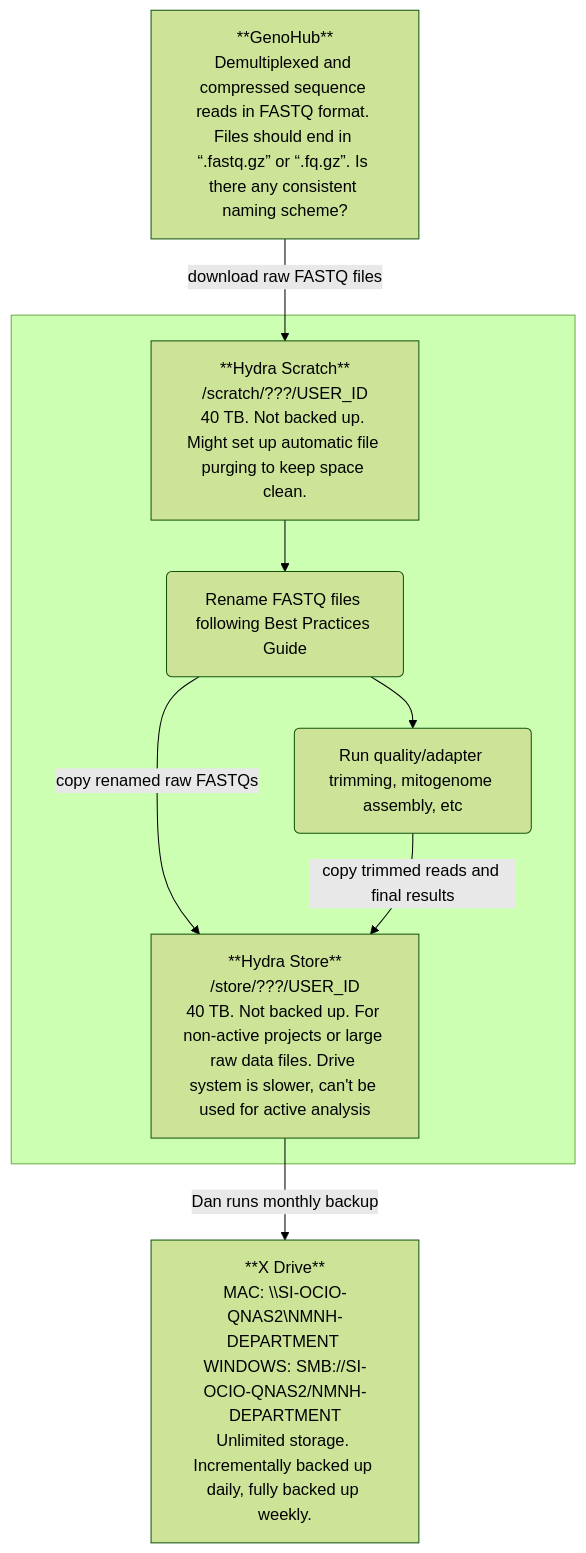
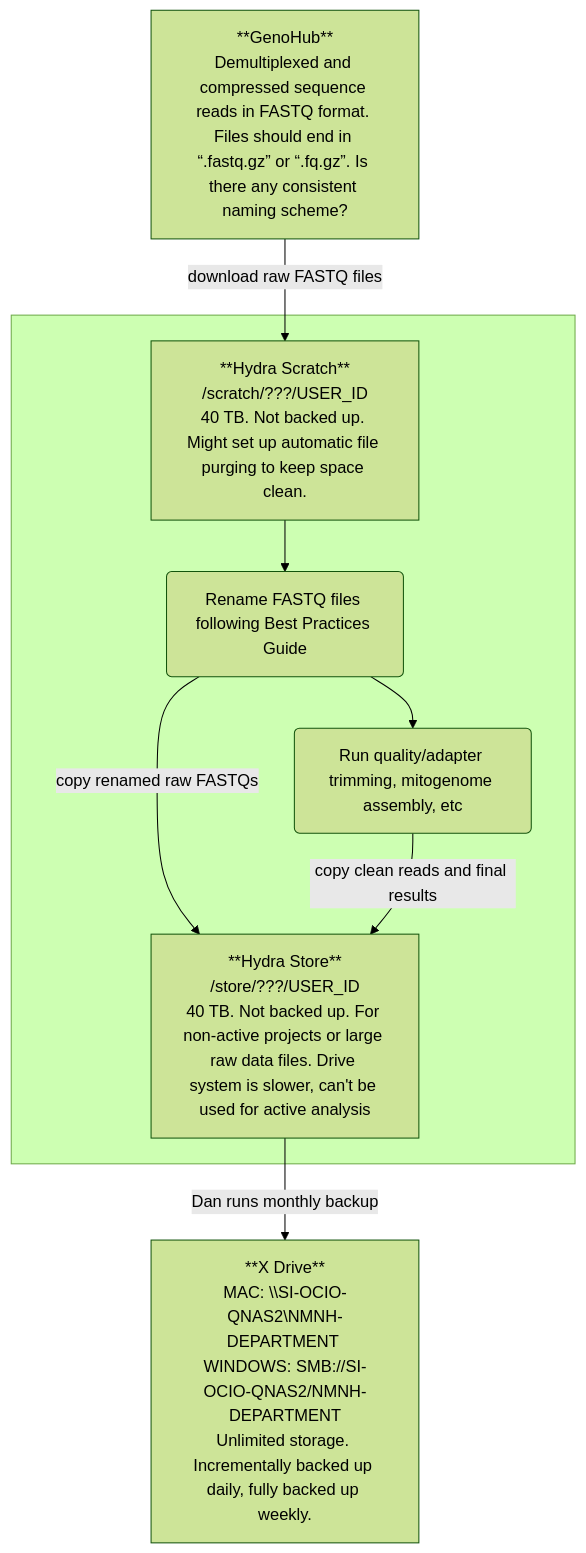
One commit to Smithsonian/NMNH-Ocean-DNA changed the diagram in README.md. Above: the diagram before and after it, drawn with Mermaid (forest theme).

````diff
--- a/README.md
+++ b/README.md
@@ -16,28 +16,28 @@
 ```mermaid
 graph TD;
 
   GenoHub[**GenoHub**
 Demultiplexed and compressed sequence reads in FASTQ format. Files should end in “.fastq.gz” or “.fq.gz”. Is there any consistent naming scheme?]
   Rename("`Rename FASTQ files following Best Practices Guide`")
   Analyses(Run quality/adapter trimming, mitogenome assembly, etc)
   Scratch[**Hydra Scratch**
 /scratch/???/USER_ID
 40 TB. Not backed up. Might set up automatic file purging to keep space clean.]
   Store[**Hydra Store**
 /store/???/USER_ID
 40 TB. Not backed up. For non-active projects or large raw data files. Drive system is slower, can't be used for active analysis]
   XDrive[**X Drive**
 MAC: \\SI-OCIO-QNAS2\NMNH-DEPARTMENT 
 WINDOWS: SMB://SI-OCIO-QNAS2/NMNH-DEPARTMENT
 Unlimited storage. Incrementally backed up daily, fully backed up weekly.]
 
   GenoHub--download raw FASTQ files-->Scratch
   subgraph " "
     Scratch-->Rename
     Rename-->Analyses
     Rename--copy renamed raw FASTQs-->Store
-    Analyses--copy trimmed reads and final results-->Store
+    Analyses--copy clean reads and final results-->Store
   end
   Store--Dan runs monthly backup-->XDrive
 
 ```
````
